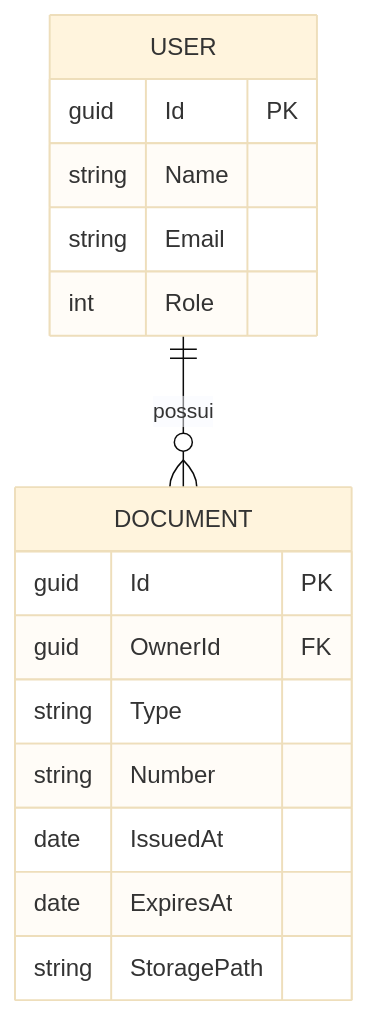
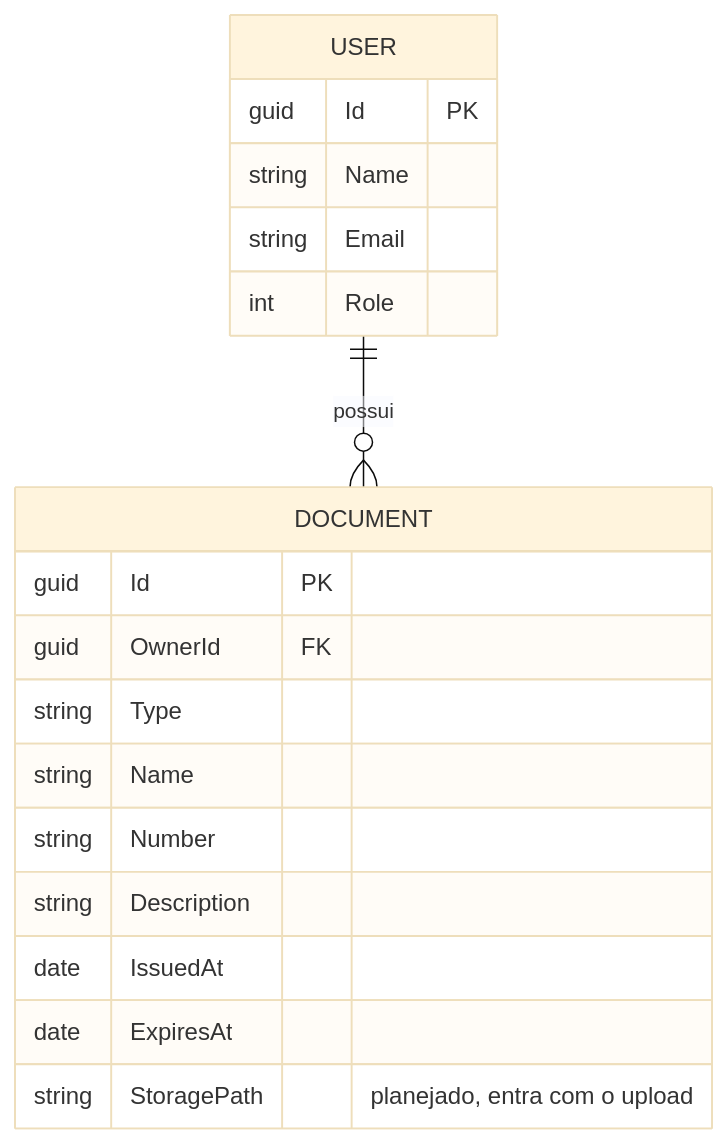
The second of 2 diagrams in README.md (gcarvalhomain/Authdoc), drawn with Mermaid (base theme) before and after one commit. The commit also changed other lines of this file, not shown here.

Commit message:
docs: align README with the documents code and roadmap

````diff
--- a/README.md
+++ b/README.md
@@ -365,19 +365,21 @@
 ```mermaid
 erDiagram
     USER ||--o{ DOCUMENT : possui
     USER {
         guid Id PK
         string Name
         string Email
         int Role
     }
     DOCUMENT {
         guid Id PK
         guid OwnerId FK
         string Type
+        string Name
         string Number
+        string Description
         date IssuedAt
         date ExpiresAt
-        string StoragePath
+        string StoragePath "planejado, entra com o upload"
     }
 ```
````
